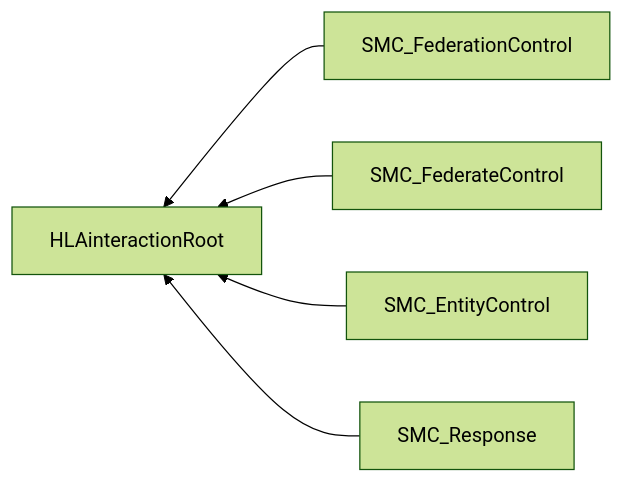
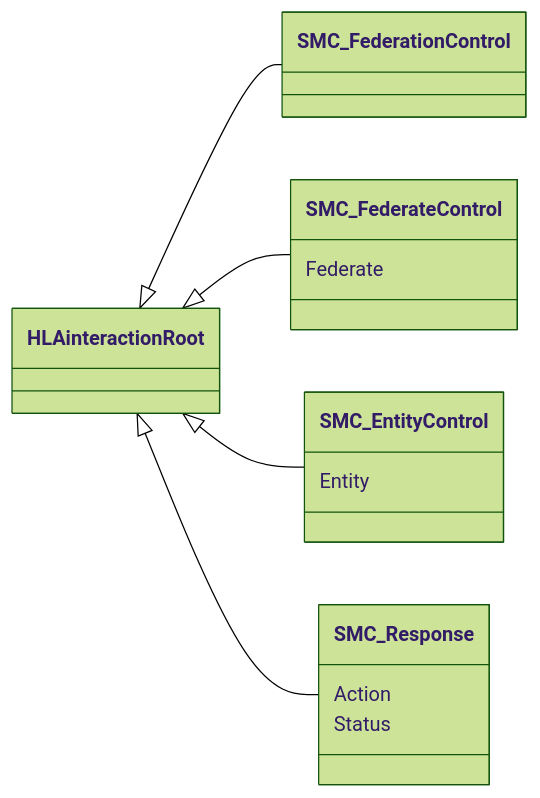
Before and after one commit to AMSP-04/NETN-SMC: the third of 3 diagrams in NETN-SMC.md, drawn with Mermaid (forest theme). The commit also changed other lines of this file and 1 other file, not shown here.

````diff
--- a/NETN-SMC.md
+++ b/NETN-SMC.md
@@ -72,7 +73,12 @@
 ```mermaid
-graph RL
-SMC_FederationControl-->HLAinteractionRoot
-SMC_FederateControl-->HLAinteractionRoot
-SMC_EntityControl-->HLAinteractionRoot
-SMC_Response-->HLAinteractionRoot
+classDiagram 
+direction LR
+HLAinteractionRoot <|-- SMC_FederationControl
+HLAinteractionRoot <|-- SMC_FederateControl
+HLAinteractionRoot <|-- SMC_EntityControl
+HLAinteractionRoot <|-- SMC_Response
+SMC_FederateControl : Federate
+SMC_EntityControl : Entity
+SMC_Response : Action
+SMC_Response : Status
 ```
````
